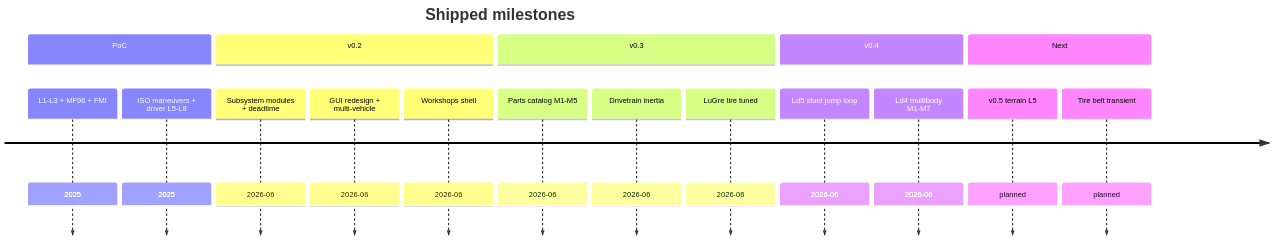
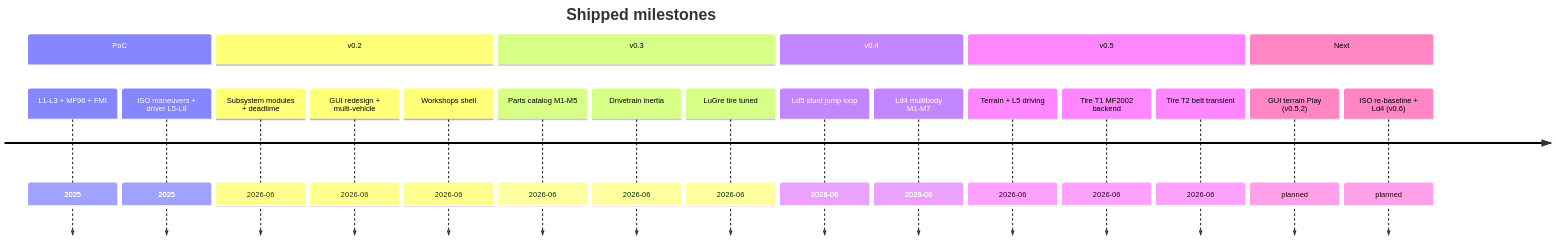
Before and after one commit to Onlyti/VDSim: the diagram in docs/ROADMAP.md, drawn with Mermaid. The commit also changed other lines of this file and 5 other files, not shown here.

First line of the commit message:
docs: sync roadmap/changelog for tire T1+T2 ship; tag scheme v0.5.1=tire, v0.5.2=GUI

````diff
--- a/docs/ROADMAP.md
+++ b/docs/ROADMAP.md
@@ -31,21 +31,25 @@
 ```mermaid
 timeline
     title Shipped milestones
     section PoC
         L1-L3 + MF96 + FMI : 2025
         ISO maneuvers + driver L5-L8 : 2025
     section v0.2
         Subsystem modules + deadtime : 2026-06
         GUI redesign + multi-vehicle : 2026-06
         Workshops shell : 2026-06
     section v0.3
         Parts catalog M1-M5 : 2026-06
         Drivetrain inertia : 2026-06
         LuGre tire tuned : 2026-06
     section v0.4
         Ld5 stunt jump loop : 2026-06
         Ld4 multibody M1-M7 : 2026-06
+    section v0.5
+        Terrain + L5 driving : 2026-06
+        Tire T1 MF2002 backend : 2026-06
+        Tire T2 belt transient : 2026-06
     section Next
-        v0.5 terrain L5 : planned
-        Tire belt transient : planned
+        GUI terrain Play (v0.5.2) : planned
+        ISO re-baseline + Ld4 (v0.6) : planned
 ```
````
